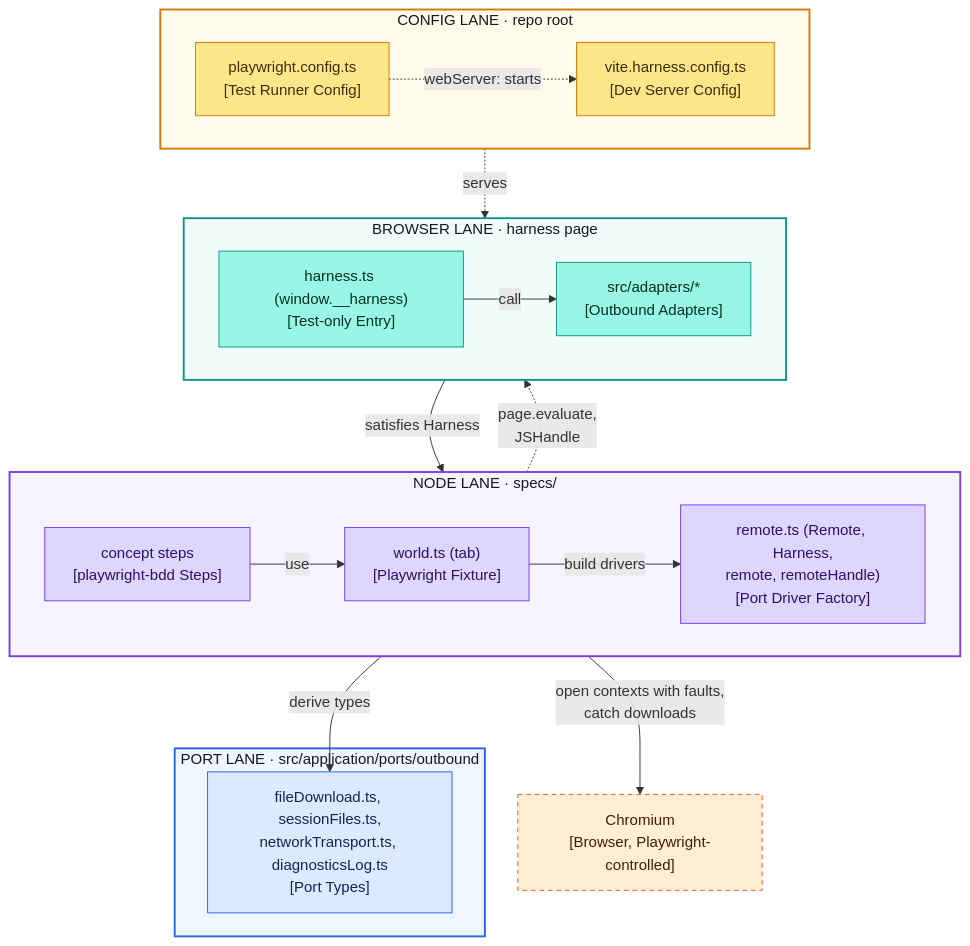
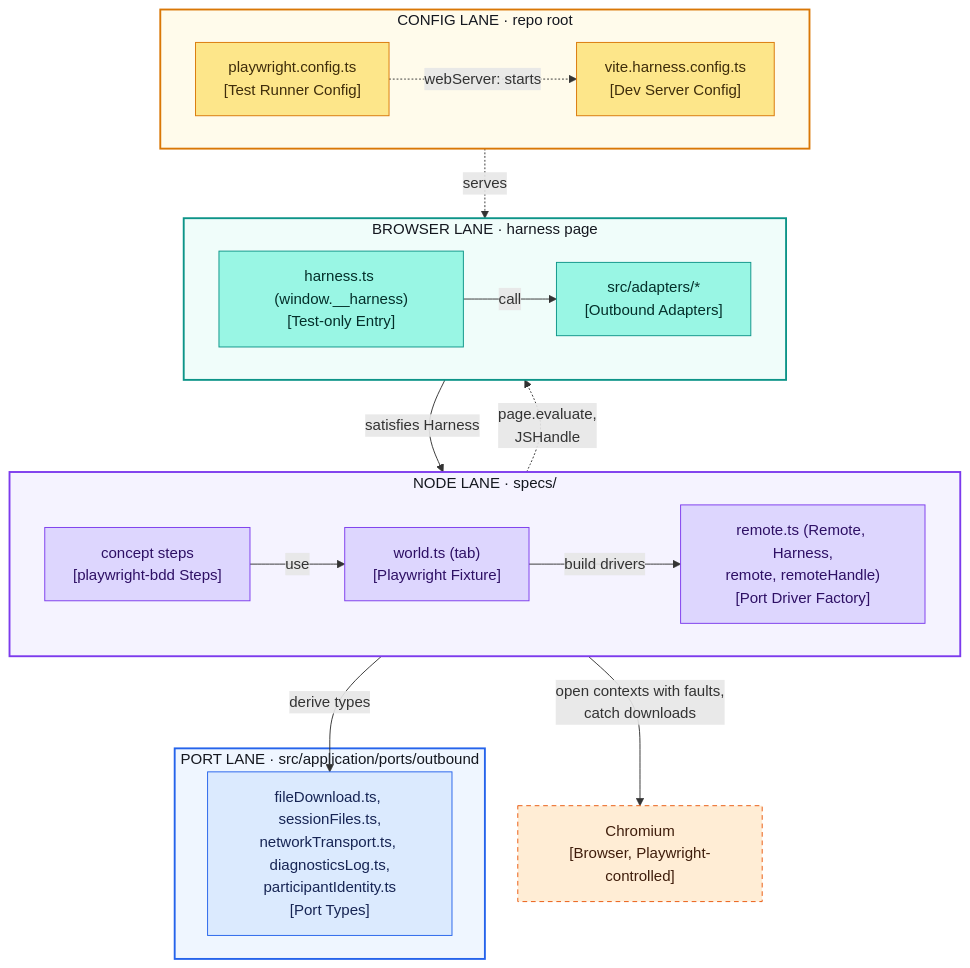
The first of 3 diagrams in docs/technical/concepts/integration-testing.md (cfisch3r/estimate), drawn with Mermaid before and after one commit. The commit also changed 29 other files, not shown here.

````diff
--- a/docs/technical/concepts/integration-testing.md
+++ b/docs/technical/concepts/integration-testing.md
@@ -22,54 +22,54 @@
 ```mermaid
 flowchart TD
   subgraph nodelane["NODE LANE · specs/"]
     direction LR
     Steps["concept steps<br/>[playwright-bdd Steps]"]
     World["world.ts (tab)<br/>[Playwright Fixture]"]
     Remote["remote.ts (Remote, Harness,<br/>remote, remoteHandle)<br/>[Port Driver Factory]"]
   end
 
   subgraph configlane["CONFIG LANE · repo root"]
     direction LR
     PWConfig["playwright.config.ts<br/>[Test Runner Config]"]
     HarnessConfig["vite.harness.config.ts<br/>[Dev Server Config]"]
   end
 
   subgraph browserlane["BROWSER LANE · harness page"]
     direction LR
     Harness["harness.ts (window.__harness)<br/>[Test-only Entry]"]
     Adapters["src/adapters/*<br/>[Outbound Adapters]"]
   end
 
   subgraph portlane["PORT LANE · src/application/ports/outbound"]
-    Ports["fileDownload.ts, sessionFiles.ts,<br/>networkTransport.ts, diagnosticsLog.ts<br/>[Port Types]"]
+    Ports["fileDownload.ts, sessionFiles.ts,<br/>networkTransport.ts, diagnosticsLog.ts,<br/>participantIdentity.ts<br/>[Port Types]"]
   end
 
   Chromium["Chromium<br/>[Browser, Playwright-controlled]"]
 
   Steps -->|"use"| World
   World -->|"build drivers"| Remote
   Remote -.->|"page.evaluate,<br/>JSHandle"| Harness
   Harness -->|"call"| Adapters
   Harness -->|"satisfies Harness"| Remote
   Remote -->|"derive types"| Ports
   World -->|"open contexts with faults,<br/>catch downloads"| Chromium
   PWConfig -.->|"webServer: starts"| HarnessConfig
   HarnessConfig -.->|"serves"| Harness
 
   classDef node  fill:#DDD6FE,stroke:#7C3AED,color:#2E1065
   classDef cfg   fill:#FDE68A,stroke:#D97706,color:#3F2D0B
   classDef brw   fill:#99F6E4,stroke:#0D9488,color:#042F2A
   classDef port  fill:#DBEAFE,stroke:#2563EB,color:#172554
   classDef ext   fill:#FFEDD5,stroke:#EA580C,color:#3F1D0B,stroke-dasharray:5 4
 
   class Steps,World,Remote node
   class PWConfig,HarnessConfig cfg
   class Harness,Adapters brw
   class Ports port
   class Chromium ext
 
   style nodelane fill:#F5F3FF,stroke:#7C3AED,stroke-width:2px,color:#14171f
   style configlane fill:#FFFBEB,stroke:#D97706,stroke-width:2px,color:#14171f
   style browserlane fill:#F0FDFA,stroke:#0D9488,stroke-width:2px,color:#14171f
   style portlane fill:#EFF6FF,stroke:#2563EB,stroke-width:2px,color:#14171f
 ```
````
